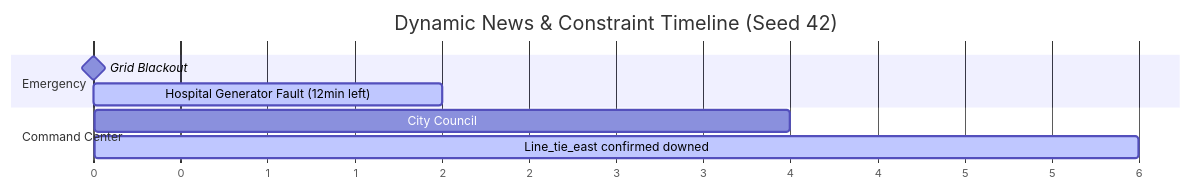
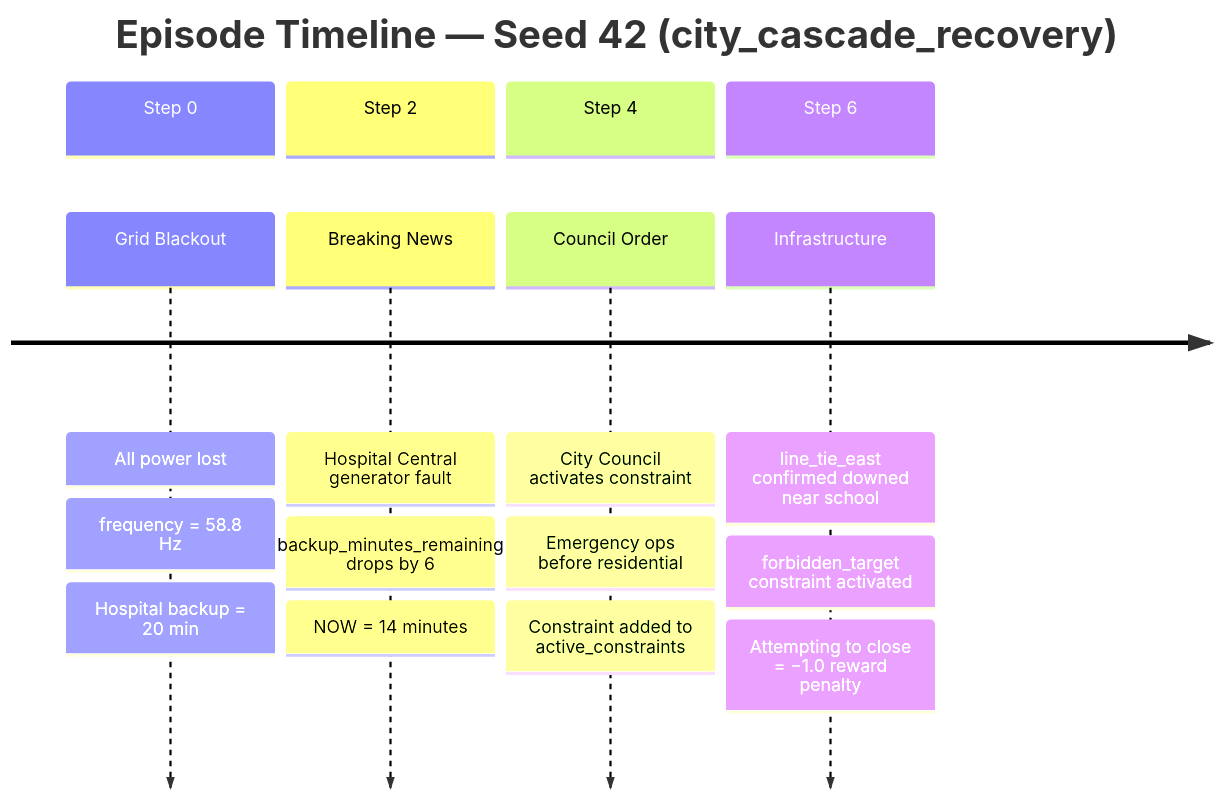
The fourth of 6 diagrams in README.md (Ankitpatil944/blackout-city), drawn with Mermaid before and after one commit. The commit also changed other lines of this file, not shown here.

````diff
--- a/README.md
+++ b/README.md
@@ -122,14 +164,24 @@
 ```mermaid
-gantt
-    title Dynamic News & Constraint Timeline (Seed 42)
-    dateFormat X
-    axisFormat %s
+timeline
+    title Episode Timeline — Seed 42 (city_cascade_recovery)
     
-    section Emergency
-    Grid Blackout       :milestone, 0, 0
-    Hospital Generator Fault (12min left) :active, 2, 2
-    
-    section Command Center
-    City Council: Emergency Ops first  :active, 4, 4
-    Line_tie_east confirmed downed :active, 6, 6
+    section Step 0
+        Grid Blackout : All power lost
+                      : frequency = 58.8 Hz
+                      : Hospital backup = 20 min
+
+    section Step 2  
+        Breaking News : Hospital Central generator fault
+                     : backup_minutes_remaining drops by 6
+                     : NOW = 14 minutes
+
+    section Step 4
+        Council Order : City Council activates constraint
+                     : Emergency ops before residential
+                     : Constraint added to active_constraints
+
+    section Step 6
+        Infrastructure : line_tie_east confirmed downed near school
+                      : forbidden_target constraint activated
+                      : Attempting to close = −1.0 reward penalty
 ```
````
